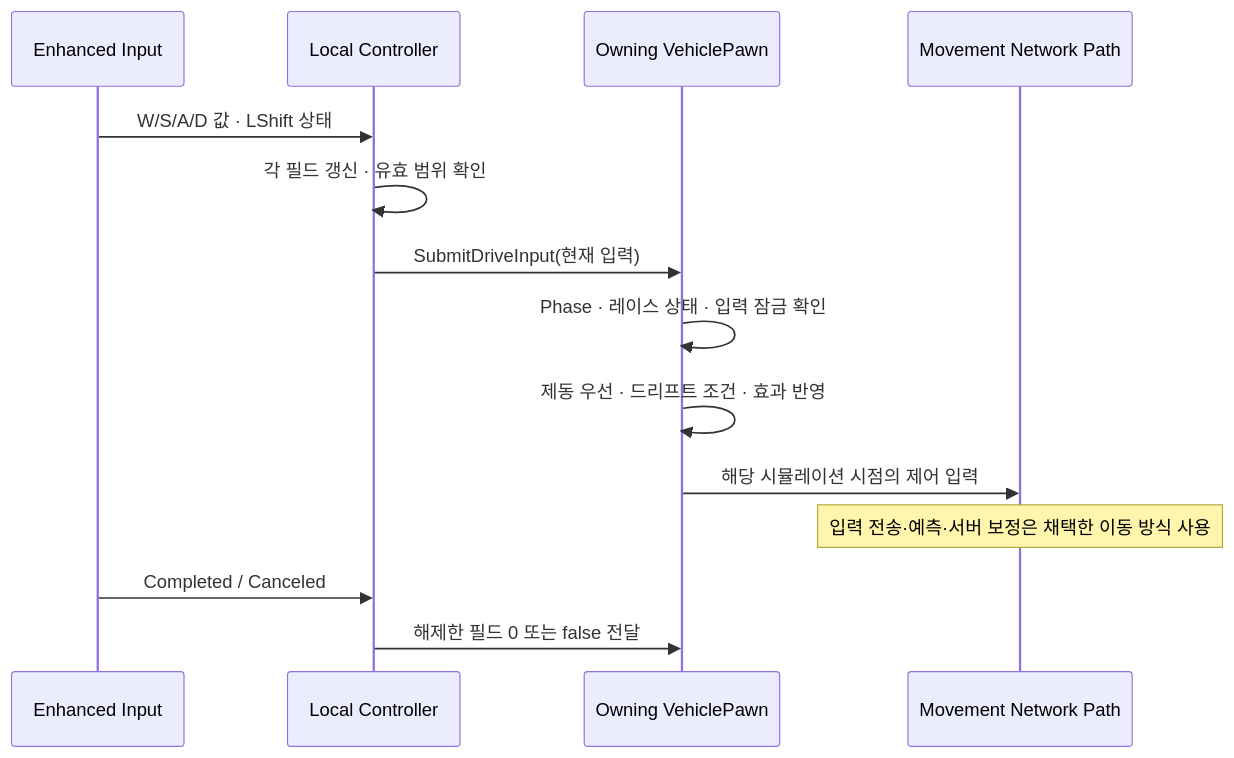
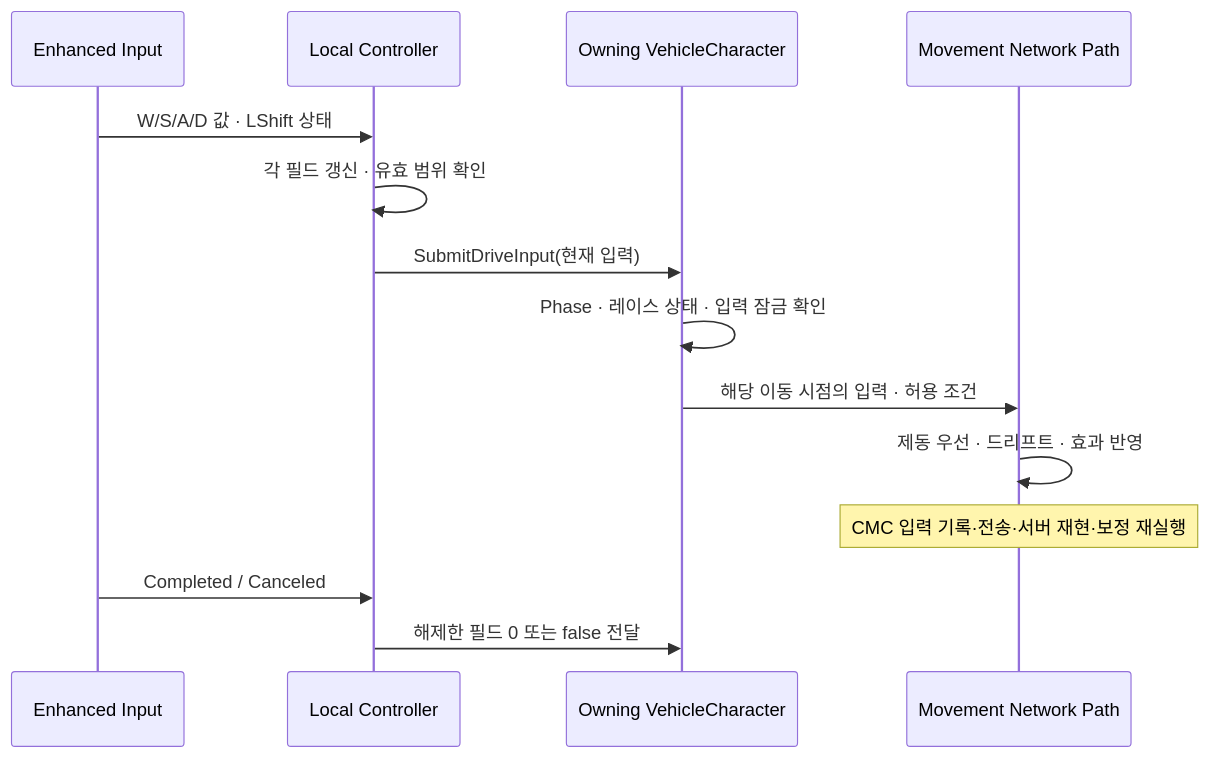
Before and after one commit to kevin6091/ProjectMW: the fourth of 11 diagrams in Docs/Shared/Client,Server/07_차량_입력_이동_효과_설계.md, drawn with Mermaid. The commit also changed other lines of this file and 5 other files, not shown here.

````diff
--- a/Docs/Shared/Client,Server/07_차량_입력_이동_효과_설계.md
+++ b/Docs/Shared/Client,Server/07_차량_입력_이동_효과_설계.md
@@ -212,16 +217,16 @@
 ```mermaid
 sequenceDiagram
     participant EI as Enhanced Input
     participant PC as Local Controller
-    participant P as Owning VehiclePawn
+    participant P as Owning VehicleCharacter
     participant M as Movement Network Path
     EI->>PC: W/S/A/D 값 · LShift 상태
     PC->>PC: 각 필드 갱신 · 유효 범위 확인
     PC->>P: SubmitDriveInput(현재 입력)
     P->>P: Phase · 레이스 상태 · 입력 잠금 확인
-    P->>P: 제동 우선 · 드리프트 조건 · 효과 반영
-    P->>M: 해당 시뮬레이션 시점의 제어 입력
-    Note over M: 입력 전송·예측·서버 보정은 채택한 이동 방식 사용
+    P->>M: 해당 이동 시점의 입력 · 허용 조건
+    M->>M: 제동 우선 · 드리프트 · 효과 반영
+    Note over M: CMC 입력 기록·전송·서버 재현·보정 재실행
     EI->>PC: Completed / Canceled
     PC->>P: 해제한 필드 0 또는 false 전달
 ```
````
